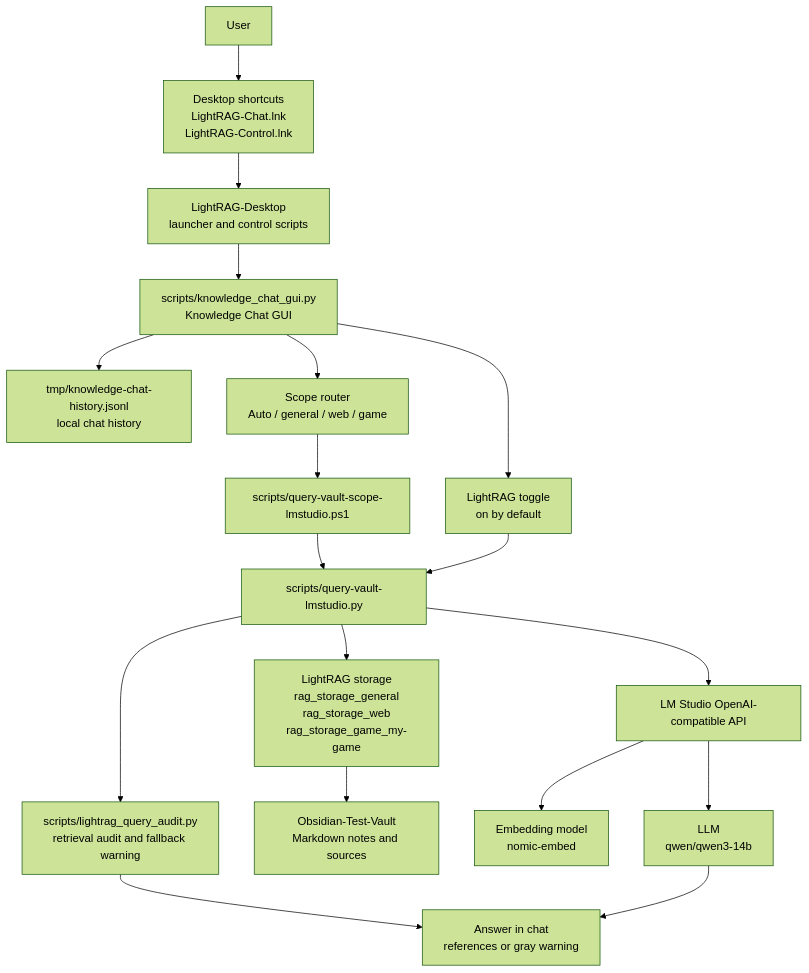
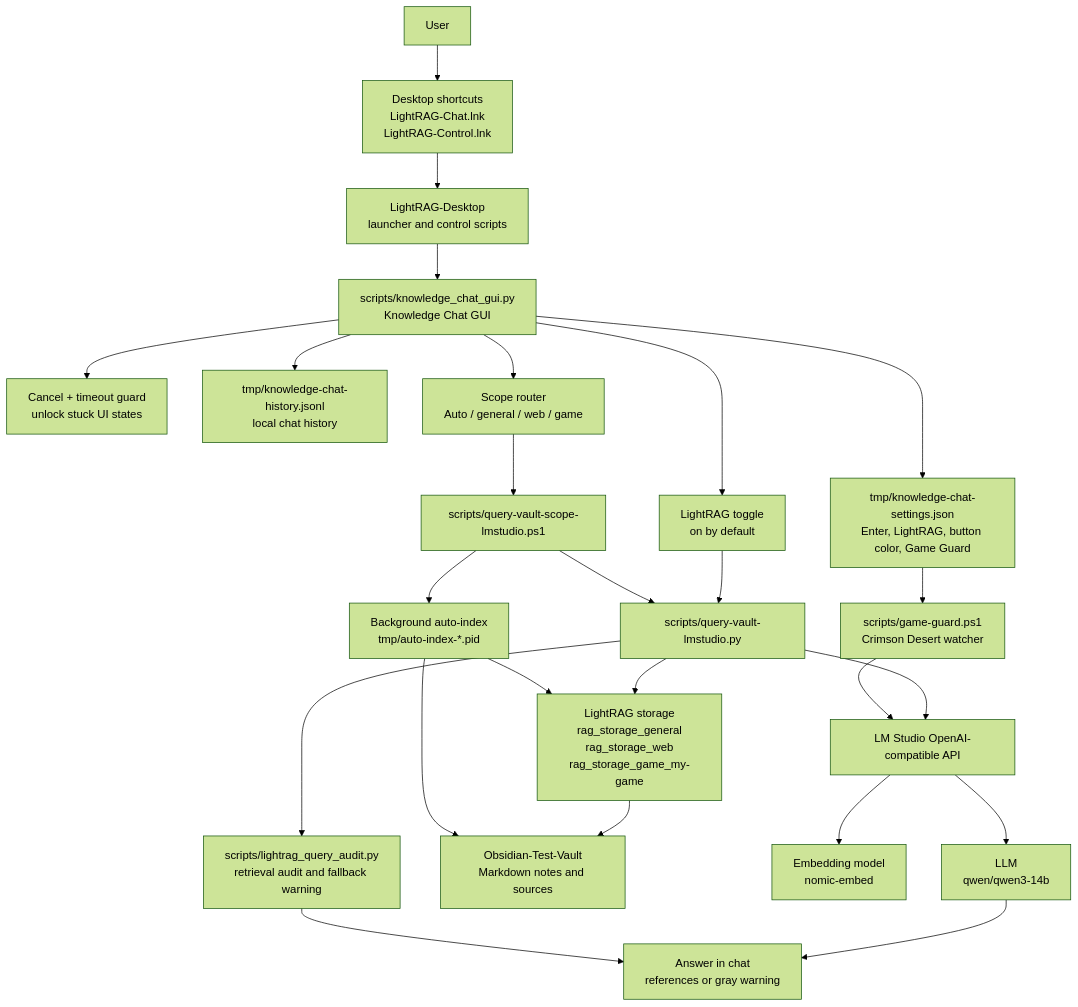
The first of 3 diagrams in ARCHITECTURE.md (VxHxS/KnowledgeLab), drawn with Mermaid (forest theme) before and after one commit. The commit also changed other lines of this file and 17 other files, not shown here.

Commit message:
002 add chat settings and game guard resilience

````diff
--- a/ARCHITECTURE.md
+++ b/ARCHITECTURE.md
@@ -48,37 +54,48 @@
 ```mermaid
 flowchart TD
     User["User"]
     Desktop["Desktop shortcuts<br/>LightRAG-Chat.lnk<br/>LightRAG-Control.lnk"]
     DesktopLogic["LightRAG-Desktop<br/>launcher and control scripts"]
     ChatGUI["scripts/knowledge_chat_gui.py<br/>Knowledge Chat GUI"]
     Toggle["LightRAG toggle<br/>on by default"]
+    Settings["tmp/knowledge-chat-settings.json<br/>Enter, LightRAG, button color, Game Guard"]
+    Cancel["Cancel + timeout guard<br/>unlock stuck UI states"]
     History["tmp/knowledge-chat-history.jsonl<br/>local chat history"]
     ScopeRouter["Scope router<br/>Auto / general / web / game"]
     QueryPS["scripts/query-vault-scope-lmstudio.ps1"]
+    AutoIndex["Background auto-index<br/>tmp/auto-index-*.pid"]
     QueryPY["scripts/query-vault-lmstudio.py"]
     Audit["scripts/lightrag_query_audit.py<br/>retrieval audit and fallback warning"]
     LightRAG["LightRAG storage<br/>rag_storage_general<br/>rag_storage_web<br/>rag_storage_game_my-game"]
     Vault["Obsidian-Test-Vault<br/>Markdown notes and sources"]
+    GameGuard["scripts/game-guard.ps1<br/>Crimson Desert watcher"]
     LMStudio["LM Studio OpenAI-compatible API"]
     Embed["Embedding model<br/>nomic-embed"]
     LLM["LLM<br/>qwen/qwen3-14b"]
     Answer["Answer in chat<br/>references or gray warning"]
 
     User --> Desktop
     Desktop --> DesktopLogic
     DesktopLogic --> ChatGUI
     ChatGUI --> Toggle
+    ChatGUI --> Settings
+    ChatGUI --> Cancel
     ChatGUI --> History
     ChatGUI --> ScopeRouter
+    Settings --> GameGuard
     ScopeRouter --> QueryPS
+    QueryPS --> AutoIndex
     QueryPS --> QueryPY
     QueryPY --> Audit
     Toggle --> QueryPY
+    AutoIndex --> Vault
+    AutoIndex --> LightRAG
+    GameGuard --> LMStudio
     QueryPY --> LightRAG
     LightRAG --> Vault
     QueryPY --> LMStudio
     LMStudio --> Embed
     LMStudio --> LLM
     Audit --> Answer
     LLM --> Answer
 ```
````
